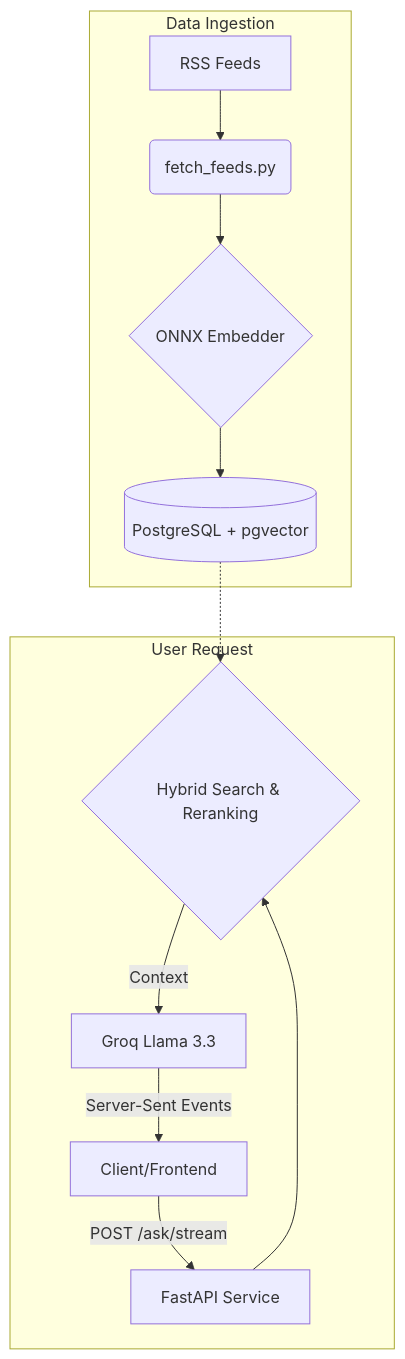
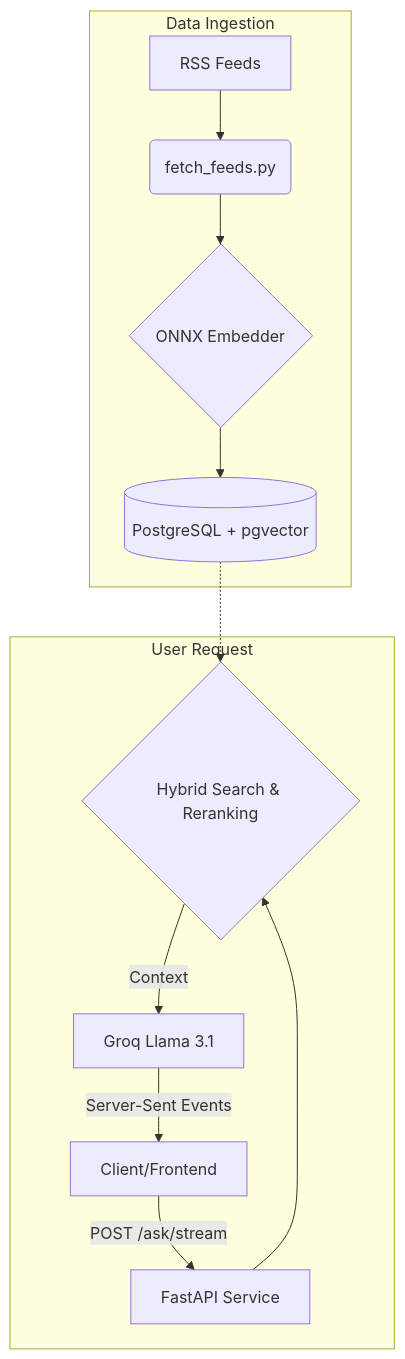
The diagram in README.md (ima-d-ice/devsec-brief), drawn with Mermaid before and after one commit. The commit also changed other lines of this file and 19 other files, not shown here.

````diff
--- a/README.md
+++ b/README.md
@@ -26,16 +26,16 @@
 ```mermaid
 graph TD;
     subgraph Data Ingestion
         A[RSS Feeds] --> B(fetch_feeds.py);
         B --> C{ONNX Embedder};
         C --> D[(PostgreSQL + pgvector)];
     end
 
     subgraph User Request
         F[Client/Frontend] -- POST /ask/stream --> G[FastAPI Service];
         G --> H{Hybrid Search & Reranking};
         D -.-> H;
-        H -- Context --> I[Groq Llama 3.3];
+        H -- Context --> I[Groq Llama 3.1];
         I -- Server-Sent Events --> F;
     end
 ```
````
